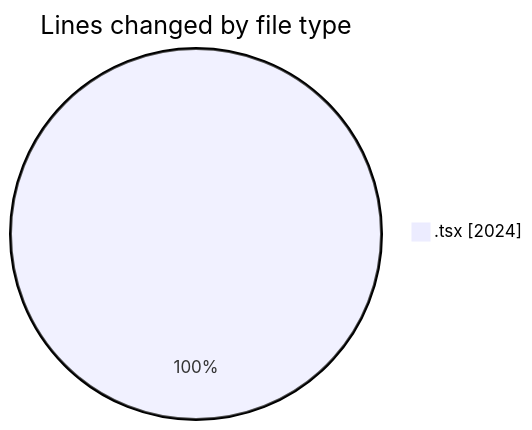
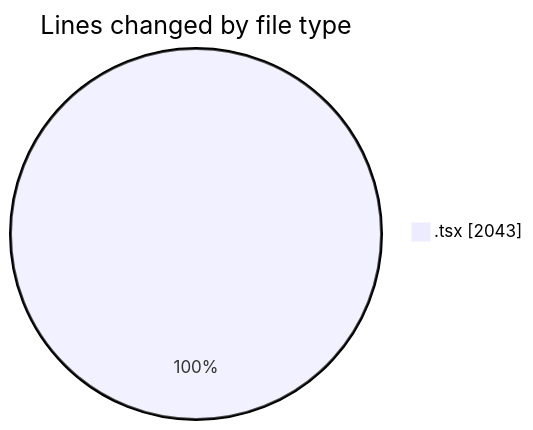
The first of 2 diagrams in 2025-06-12/cda/README.md (momahboobian/code-tracking), drawn with Mermaid before and after one commit. The commit also changed other lines of this file and 1 other file, not shown here.

````diff
--- a/2025-06-12/cda/README.md
+++ b/2025-06-12/cda/README.md
@@ -23,5 +23,5 @@
 ```mermaid
 pie showData
 title Lines changed by file type
-".tsx" : 2024
+".tsx" : 2043
 ```
````
